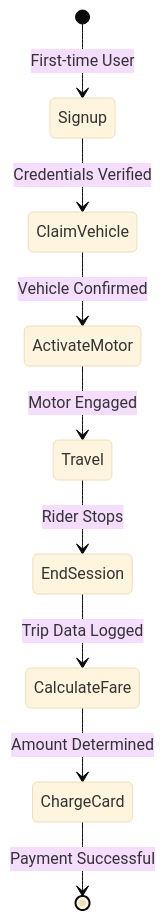
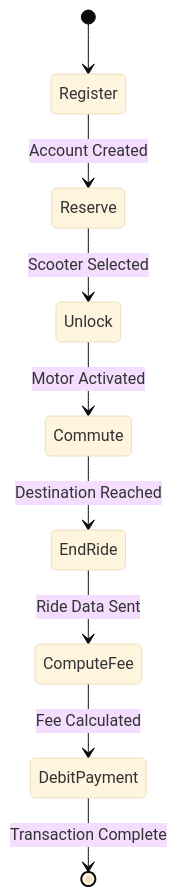
One commit to Siddharthpatni/Requirment_Asssignment changed the diagram in Exercise_04/bim_diagram.mmd. Above: the diagram before and after it, drawn with Mermaid (base theme). The commit also changed 6 other files, not shown here.

Commit message:
Professional academic PDF with clean diagrams and proper formatting

```diff
--- a/Exercise_04/bim_diagram.mmd
+++ b/Exercise_04/bim_diagram.mmd
@@ -1,11 +1,9 @@
 stateDiagram-v2
-    direction TB
-    
-    [*] --> Signup: First-time User
-    Signup --> ClaimVehicle: Credentials Verified
-    ClaimVehicle --> ActivateMotor: Vehicle Confirmed
-    ActivateMotor --> Travel: Motor Engaged
-    Travel --> EndSession: Rider Stops
-    EndSession --> CalculateFare: Trip Data Logged
-    CalculateFare --> ChargeCard: Amount Determined
-    ChargeCard --> [*]: Payment Successful
+    [*] --> Register
+    Register --> Reserve: Account Created
+    Reserve --> Unlock: Scooter Selected
+    Unlock --> Commute: Motor Activated
+    Commute --> EndRide: Destination Reached
+    EndRide --> ComputeFee: Ride Data Sent
+    ComputeFee --> DebitPayment: Fee Calculated
+    DebitPayment --> [*]: Transaction Complete
```
